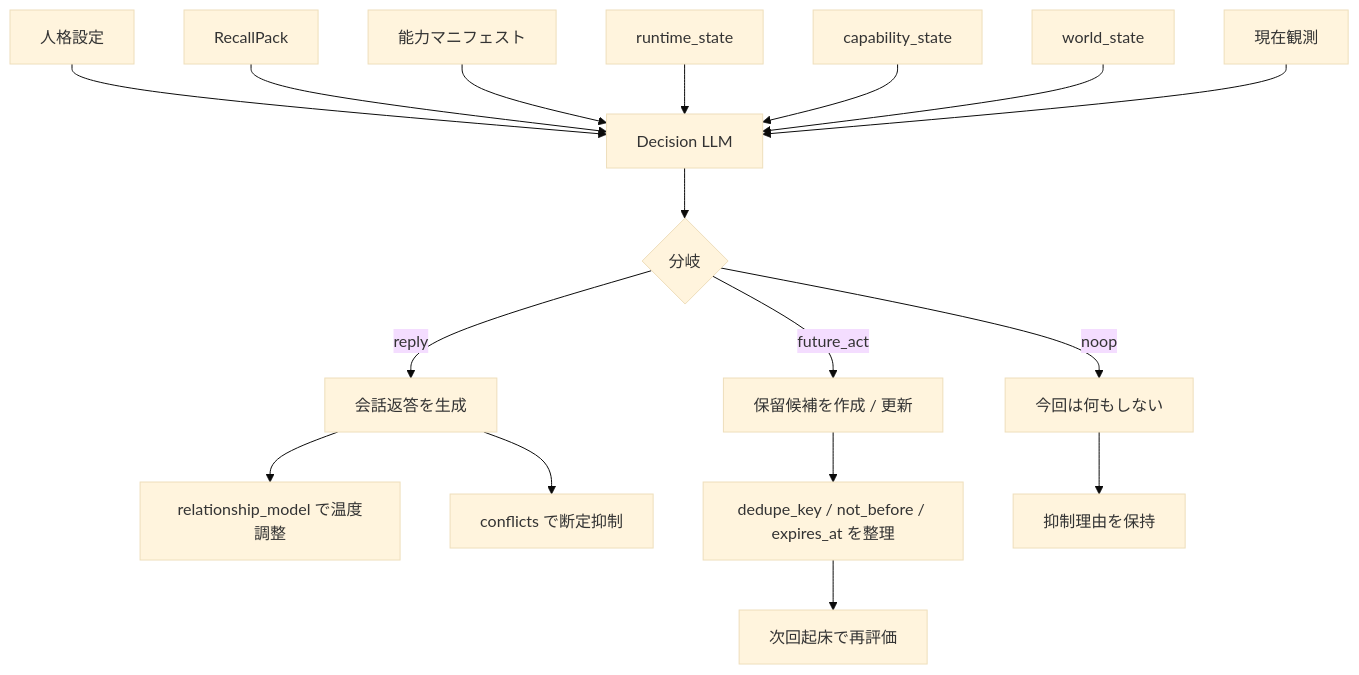
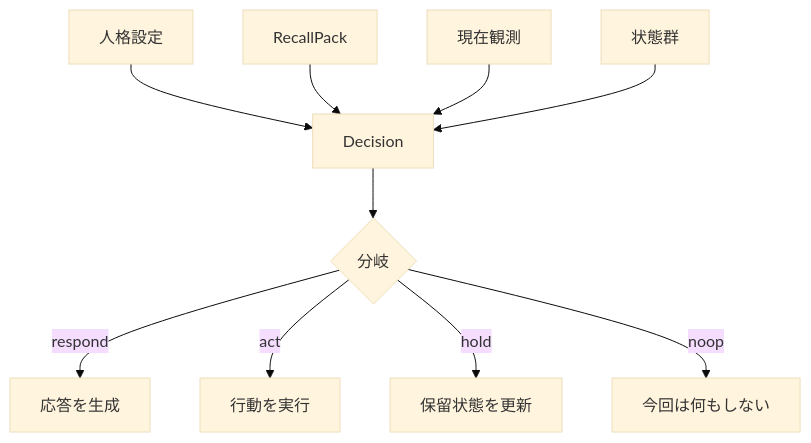
The third of 4 diagrams in docs/design/memory/05_想起と判断フロー図.md (hirona98/OtomeKairo), drawn with Mermaid (base theme) before and after one commit. The commit also changed other lines of this file and 15 other files, not shown here.

````diff
--- a/docs/design/memory/05_想起と判断フロー図.md
+++ b/docs/design/memory/05_想起と判断フロー図.md
@@ -182,23 +166,14 @@
 ```mermaid
 flowchart TD
-    A[人格設定] --> E[Decision LLM]
+    A[人格設定] --> E[Decision]
     B[RecallPack] --> E
-    C[能力マニフェスト] --> E
-    D[runtime_state] --> E
-    D2[capability_state] --> E
-    D3[world_state] --> E
-    F[現在観測] --> E
+    C[現在観測] --> E
+    D[状態群] --> E
 
     E --> G{分岐}
 
-    G -->|reply| H[会話返答を生成]
-    H --> H1[relationship_model で温度調整]
-    H --> H2[conflicts で断定抑制]
-
-    G -->|future_act| I[保留候補を作成 / 更新]
-    I --> I1[dedupe_key / not_before / expires_at を整理]
-    I1 --> I2[次回起床で再評価]
-
-    G -->|noop| J[今回は何もしない]
-    J --> J1[抑制理由を保持]
+    G -->|respond| H[応答を生成]
+    G -->|act| I[行動を実行]
+    G -->|hold| J[保留状態を更新]
+    G -->|noop| K[今回は何もしない]
 ```
````
